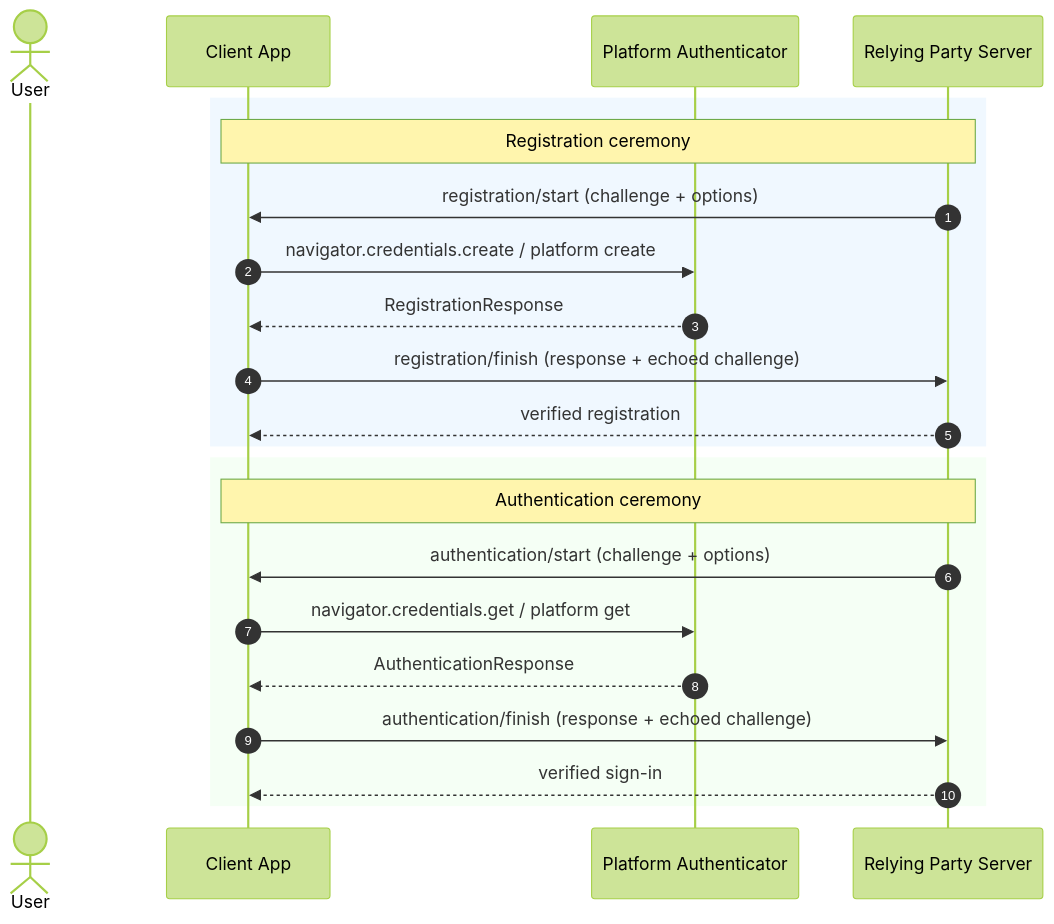
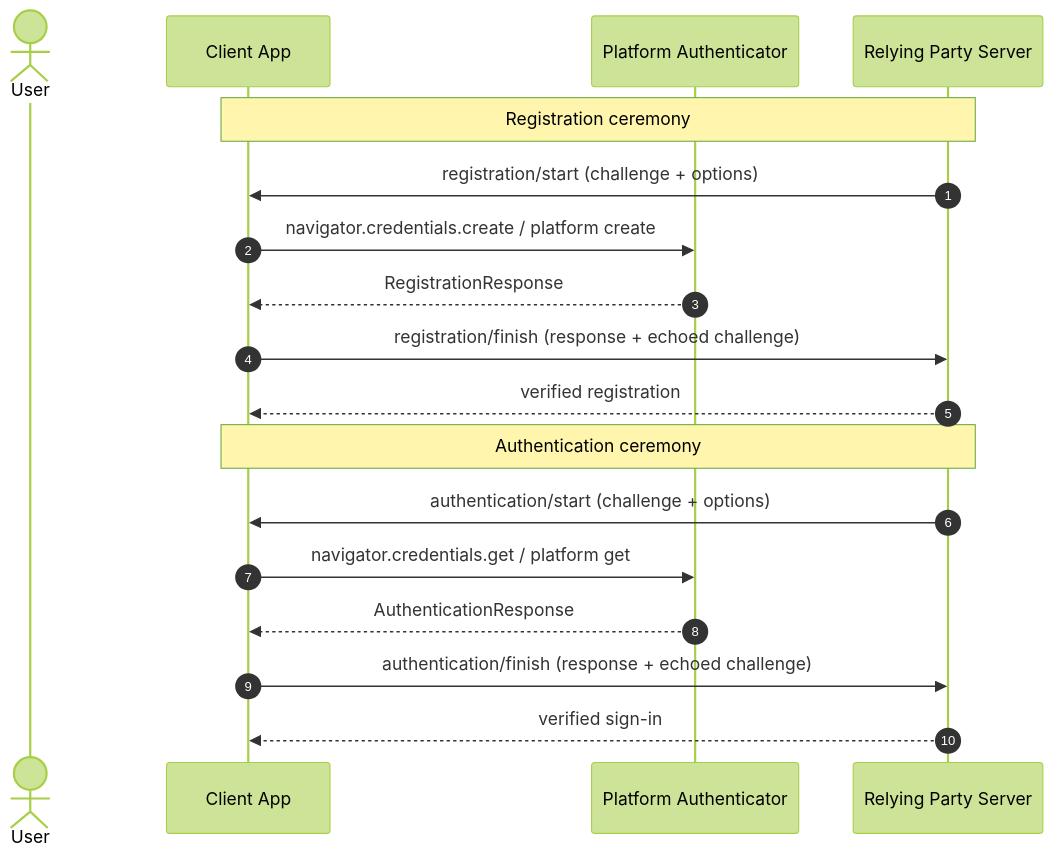
Before and after one commit to szijpeter/webauthn-kotlin-multiplatform: the first of 2 diagrams in README.md, drawn with Mermaid (forest theme). The commit also changed other lines of this file and 17 other files, not shown here.

Commit message:
Harden docs diagrams and trace governance

````diff
--- a/README.md
+++ b/README.md
@@ -43,26 +43,22 @@
 ```mermaid
 sequenceDiagram
     autonumber
     actor User
     participant App as Client App
     participant Auth as Platform Authenticator
     participant RP as Relying Party Server
 
-    rect rgb(240, 248, 255)
     note over RP,App: Registration ceremony
     RP->>App: registration/start (challenge + options)
     App->>Auth: navigator.credentials.create / platform create
     Auth-->>App: RegistrationResponse
     App->>RP: registration/finish (response + echoed challenge)
     RP-->>App: verified registration
-    end
 
-    rect rgb(245, 255, 245)
     note over RP,App: Authentication ceremony
     RP->>App: authentication/start (challenge + options)
     App->>Auth: navigator.credentials.get / platform get
     Auth-->>App: AuthenticationResponse
     App->>RP: authentication/finish (response + echoed challenge)
     RP-->>App: verified sign-in
-    end
 ```
````
